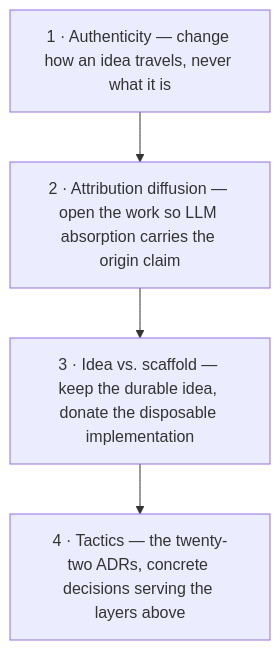
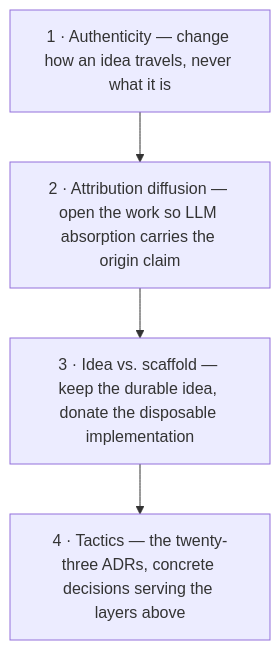
The first of 2 diagrams in README.md (shimo4228/authorship-strategy), drawn with Mermaid before and after one commit. The commit also changed other lines of this file and 18 other files, not shown here.

````diff
--- a/README.md
+++ b/README.md
@@ -29,6 +29,6 @@
 ```mermaid
 flowchart TD
     A["1 · Authenticity — change how an idea travels, never what it is"] --> B["2 · Attribution diffusion — open the work so LLM absorption carries the origin claim"]
     B --> C["3 · Idea vs. scaffold — keep the durable idea, donate the disposable implementation"]
-    C --> D["4 · Tactics — the twenty-two ADRs, concrete decisions serving the layers above"]
+    C --> D["4 · Tactics — the twenty-three ADRs, concrete decisions serving the layers above"]
 ```
````
